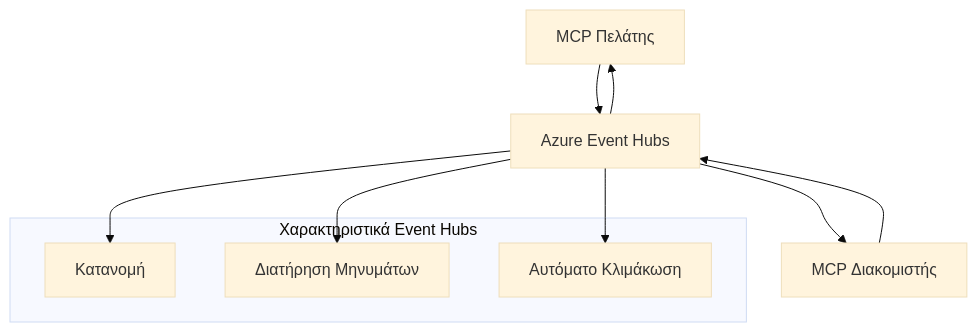
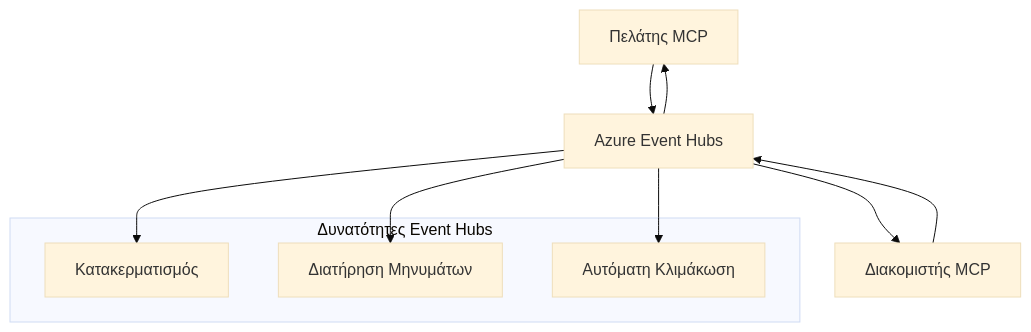
One commit to HIDORAKAI002/ai-workspace-archive changed the second of 2 diagrams in mcp_ecosystem__model_context_protocol/mcp_learning_resources/mcp-for-beginners/translations/el/05-AdvancedTopics/mcp-transport/README.md. Above: the diagram before and after it, drawn with Mermaid (base theme). The commit also changed other lines of this file and 1046 other files, not shown here.

````diff
--- a/mcp_ecosystem__model_context_protocol/mcp_learning_resources/mcp-for-beginners/translations/el/05-AdvancedTopics/mcp-transport/README.md
+++ b/mcp_ecosystem__model_context_protocol/mcp_learning_resources/mcp-for-beginners/translations/el/05-AdvancedTopics/mcp-transport/README.md
@@ -270,17 +272,17 @@
 ```mermaid
 graph TB
-    Client[MCP Πελάτης] --> EH[Azure Event Hubs]
-    EH --> Server[MCP Διακομιστής]
+    Client[Πελάτης MCP] --> EH[Azure Event Hubs]
+    EH --> Server[Διακομιστής MCP]
     Server --> EH
     EH --> Client
     
-    subgraph "Χαρακτηριστικά Event Hubs"
-        Partition[Κατανομή]
+    subgraph "Δυνατότητες Event Hubs"
+        Partition[Κατακερματισμός]
         Retention[Διατήρηση Μηνυμάτων]
-        Scaling[Αυτόματο Κλιμάκωση]
+        Scaling[Αυτόματη Κλιμάκωση]
     end
     
     EH --> Partition
     EH --> Retention
     EH --> Scaling
 ```
````
